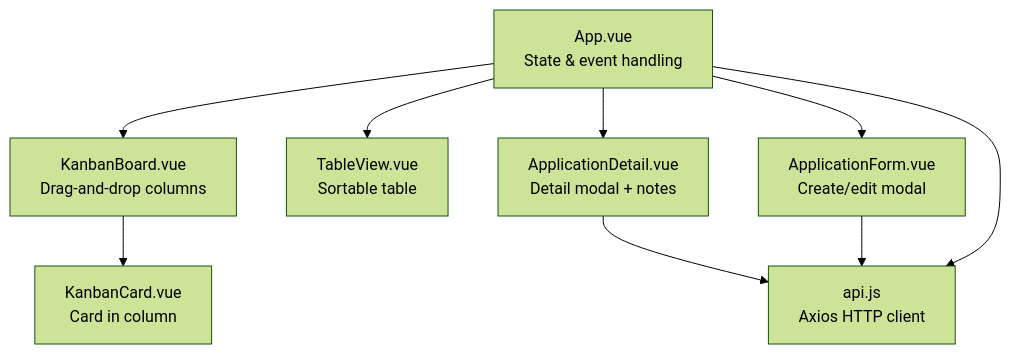
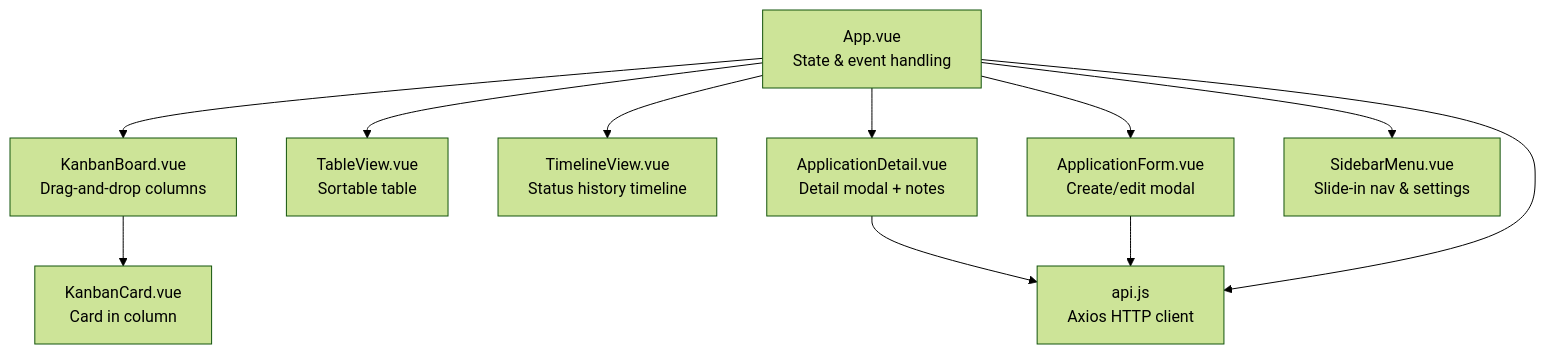
Before and after one commit to fergus/job-tracker: the fifth of 6 diagrams in ARCHITECTURE.md, drawn with Mermaid (forest theme). The commit also changed 3 other files, not shown here.

````diff
--- a/ARCHITECTURE.md
+++ b/ARCHITECTURE.md
@@ -164,13 +164,15 @@
 ```mermaid
 graph TD
     App["App.vue<br/>State & event handling"]
     App --> KB["KanbanBoard.vue<br/>Drag-and-drop columns"]
     App --> TV["TableView.vue<br/>Sortable table"]
+    App --> TL["TimelineView.vue<br/>Status history timeline"]
     App --> AF["ApplicationForm.vue<br/>Create/edit modal"]
     App --> AD["ApplicationDetail.vue<br/>Detail modal + notes"]
+    App --> SM["SidebarMenu.vue<br/>Slide-in nav & settings"]
     KB --> KC["KanbanCard.vue<br/>Card in column"]
 
     AD --> API["api.js<br/>Axios HTTP client"]
     AF --> API
     App --> API
 ```
````
